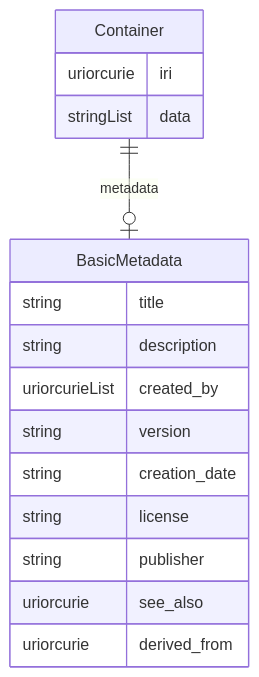
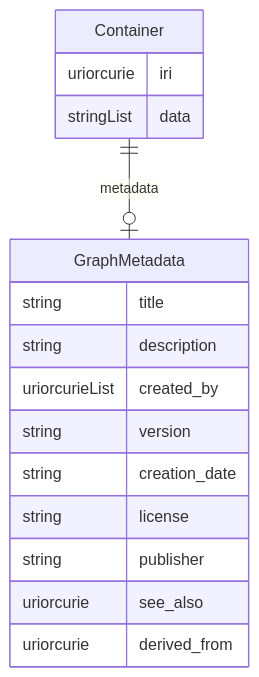
One commit to hubmapconsortium/hra-do-processor changed diagram 11 of 18 in er-diagrams.md. Above: the diagram before and after it, drawn with Mermaid. The commit also changed other lines of this file and 2 other files, not shown here.

Commit message:
Update er diagrams

````diff
--- a/er-diagrams.md
+++ b/er-diagrams.md
@@ -716,21 +716,21 @@
 ```mermaid
 erDiagram
 Container {
     uriorcurie iri  
     stringList data  
 }
-BasicMetadata {
+GraphMetadata {
     string title  
     string description  
     uriorcurieList created_by  
     string version  
     string creation_date  
     string license  
     string publisher  
     uriorcurie see_also  
     uriorcurie derived_from  
 }
 
-Container ||--|o BasicMetadata : "metadata"
+Container ||--|o GraphMetadata : "metadata"
 
 ```
````
